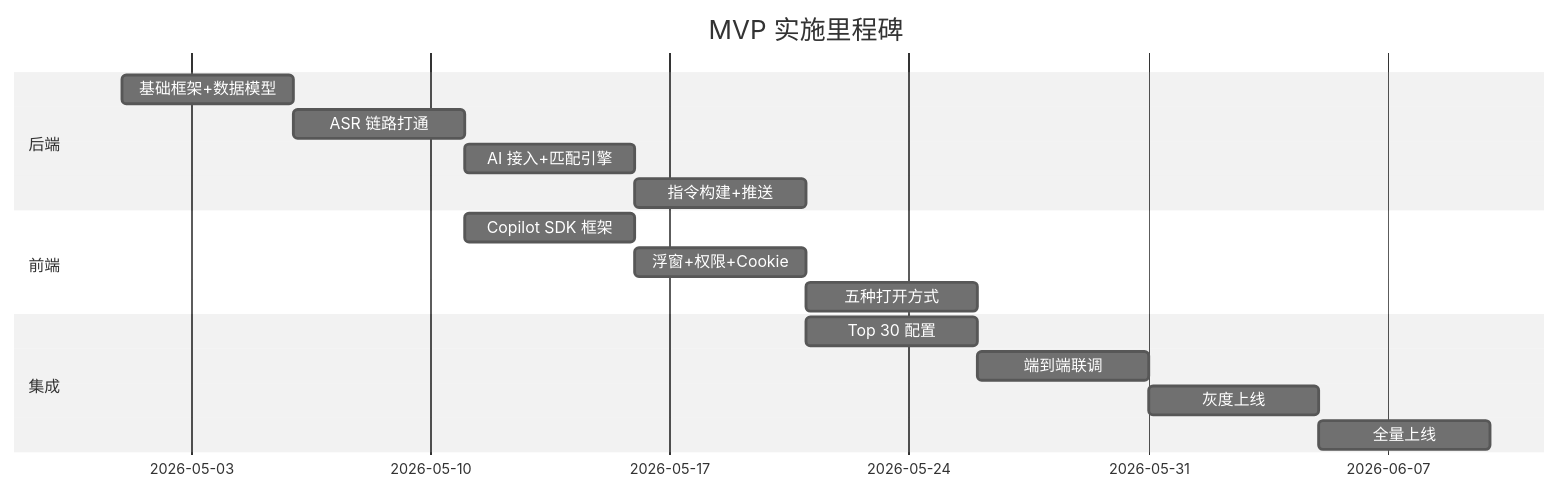
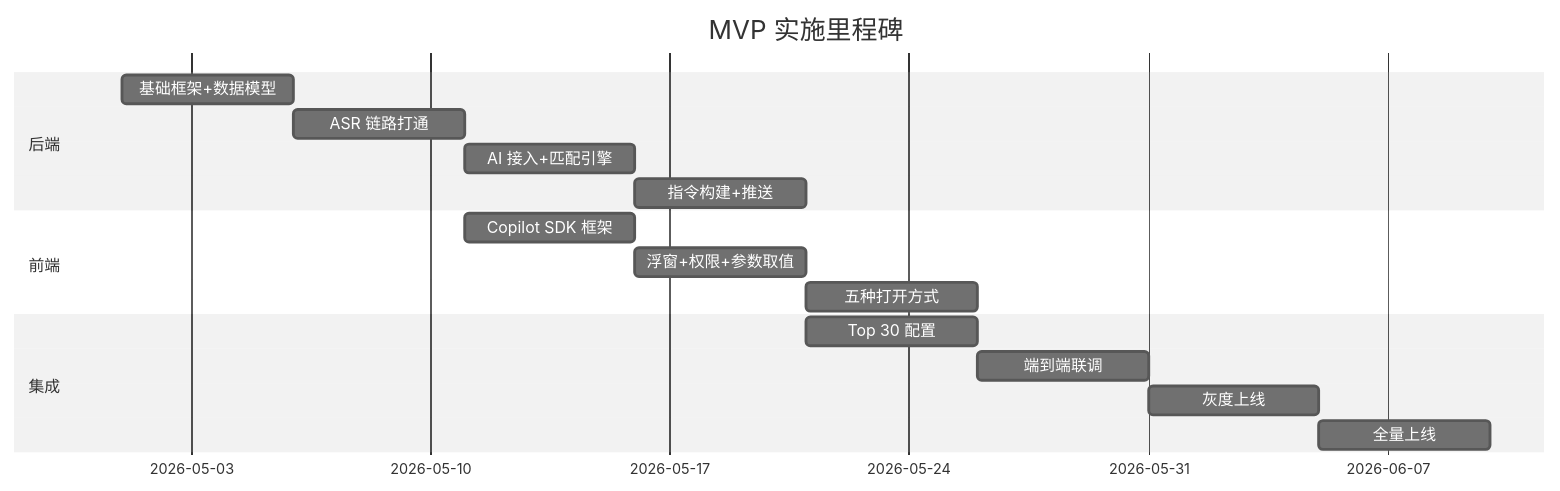
Diagram 24 of 24 in cs-copilot-service/docs/dd-v1.2.md (qzz617/copilot), drawn with Mermaid (neutral theme) before and after one commit. The commit also changed other lines of this file and 11 other files, not shown here.

````diff
--- a/cs-copilot-service/docs/dd-v1.2.md
+++ b/cs-copilot-service/docs/dd-v1.2.md
@@ -4170,19 +4018,19 @@
 ```mermaid
 gantt
     title MVP 实施里程碑
     dateFormat YYYY-MM-DD
     section 后端
     基础框架+数据模型      :a1, 2026-05-01, 5d
     ASR 链路打通         :a2, after a1, 5d
     AI 接入+匹配引擎      :a3, after a2, 5d
     指令构建+推送         :a4, after a3, 5d
     section 前端
     Copilot SDK 框架     :b1, after a2, 5d
-    浮窗+权限+Cookie     :b2, after b1, 5d
+    浮窗+权限+参数取值   :b2, after b1, 5d
     五种打开方式         :b3, after b2, 5d
     section 集成
     Top 30 配置          :c1, after a4, 5d
     端到端联调           :c2, after c1, 5d
     灰度上线             :c3, after c2, 5d
     全量上线             :c4, after c3, 5d
 ```
````
